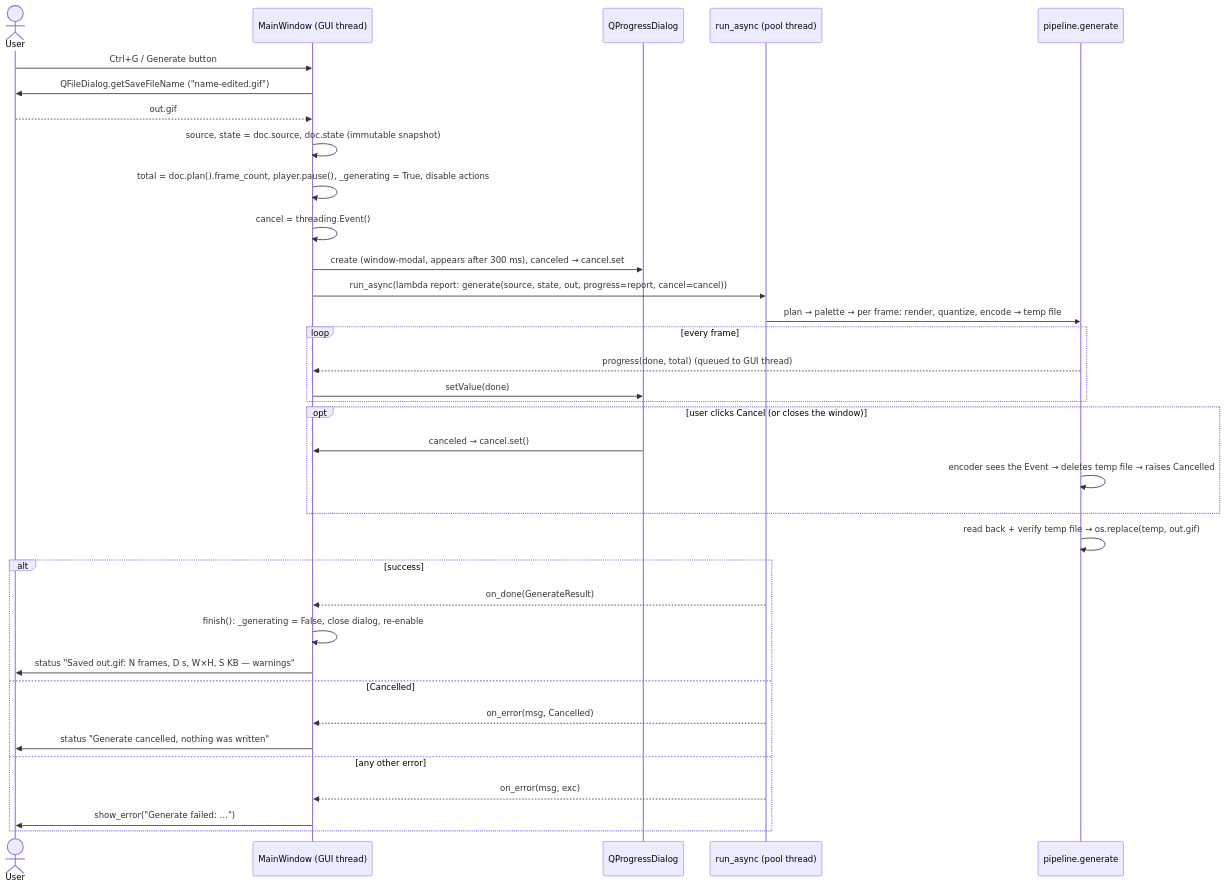
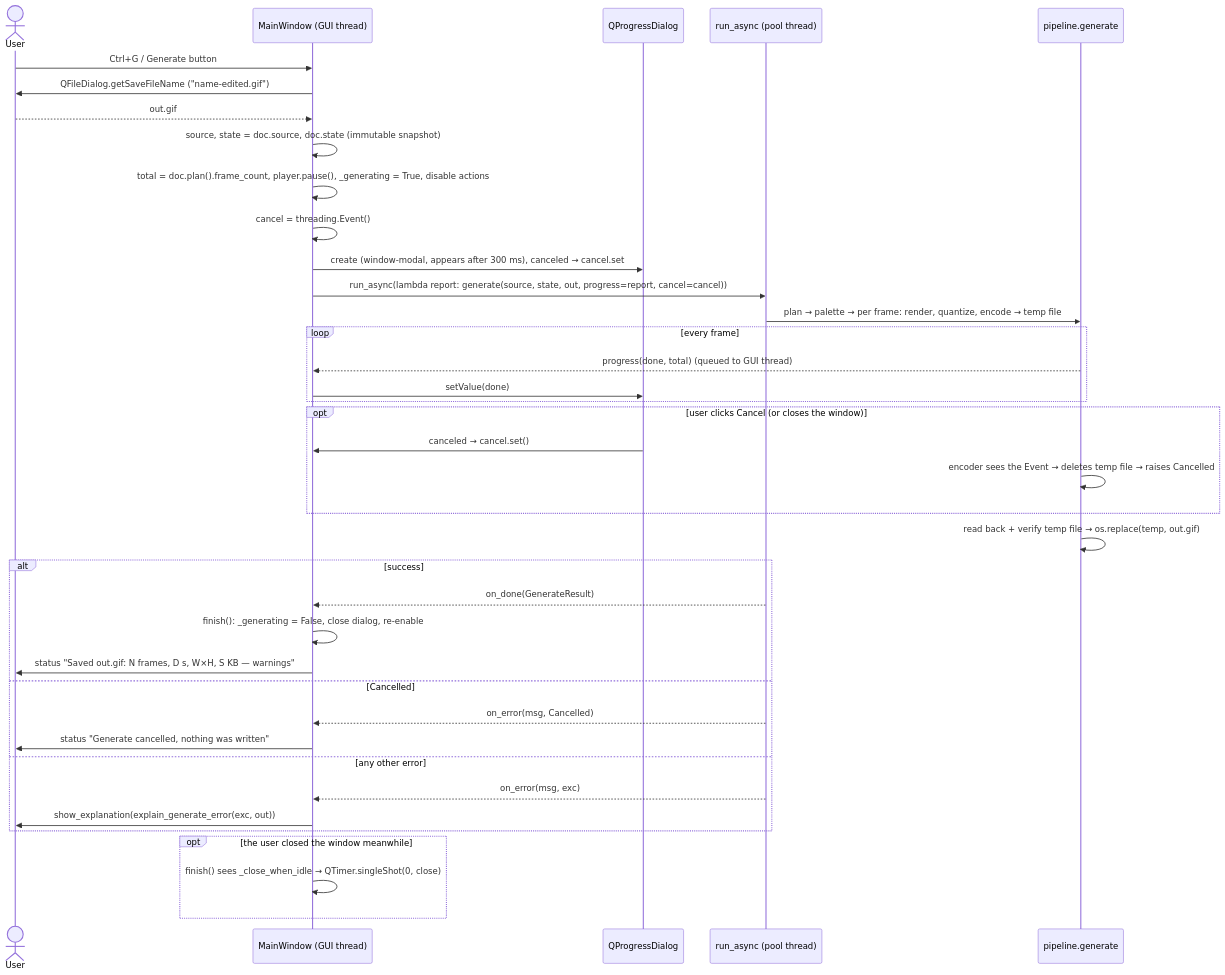
Before and after one commit to ErmanKan/EGPlease: the diagram in docs/codebase/src/gif_editor/ui/main_window.md, drawn with Mermaid. The commit also changed other lines of this file and 31 other files, not shown here.

Commit message:
docs: Milestone 4 - per-file pages (messages, hidpi/fuzz/stress scripts), threading + error-flow architecture, M4 dev log and testing guide; soak 30/30; README/AGENTS/RESUME-HERE

````diff
--- a/docs/codebase/src/gif_editor/ui/main_window.md
+++ b/docs/codebase/src/gif_editor/ui/main_window.md
@@ -141,37 +159,40 @@
 ```mermaid
 sequenceDiagram
     actor U as User
     participant MW as MainWindow (GUI thread)
     participant PD as QProgressDialog
     participant WK as run_async (pool thread)
     participant P as pipeline.generate
     U->>MW: Ctrl+G / Generate button
     MW->>U: QFileDialog.getSaveFileName ("name-edited.gif")
     U-->>MW: out.gif
     MW->>MW: source, state = doc.source, doc.state (immutable snapshot)
     MW->>MW: total = doc.plan().frame_count, player.pause(), _generating = True, disable actions
     MW->>MW: cancel = threading.Event()
     MW->>PD: create (window-modal, appears after 300 ms), canceled → cancel.set
     MW->>WK: run_async(lambda report: generate(source, state, out, progress=report, cancel=cancel))
     WK->>P: plan → palette → per frame: render, quantize, encode → temp file
     loop every frame
         P-->>MW: progress(done, total) (queued to GUI thread)
         MW->>PD: setValue(done)
     end
     opt user clicks Cancel (or closes the window)
         PD->>MW: canceled → cancel.set()
         P->>P: encoder sees the Event → deletes temp file → raises Cancelled
     end
     P->>P: read back + verify temp file → os.replace(temp, out.gif)
     alt success
         WK-->>MW: on_done(GenerateResult)
         MW->>MW: finish(): _generating = False, close dialog, re-enable
         MW->>U: status "Saved out.gif: N frames, D s, W×H, S KB — warnings"
     else Cancelled
         WK-->>MW: on_error(msg, Cancelled)
         MW->>U: status "Generate cancelled, nothing was written"
     else any other error
         WK-->>MW: on_error(msg, exc)
-        MW->>U: show_error("Generate failed: …")
+        MW->>U: show_explanation(explain_generate_error(exc, out))
+    end
+    opt the user closed the window meanwhile
+        MW->>MW: finish() sees _close_when_idle → QTimer.singleShot(0, close)
     end
 ```
````
